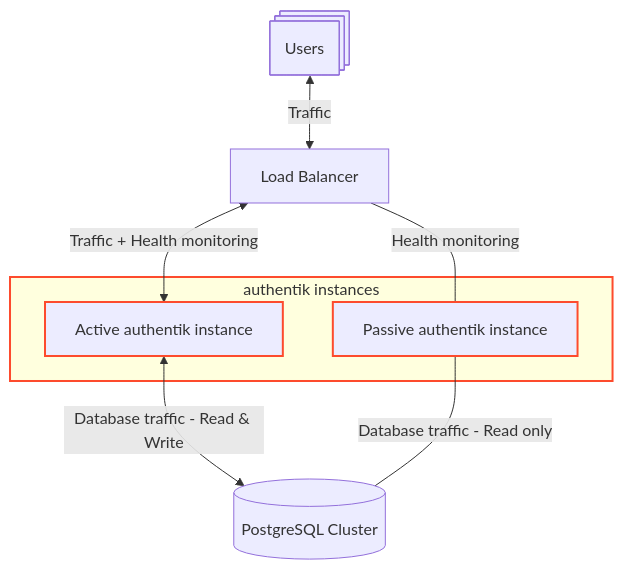
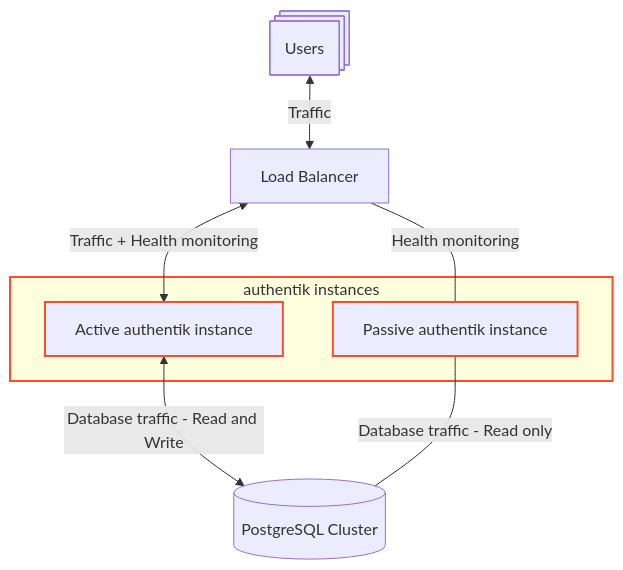
The diagram in website/docs/install-config/high-availability.mdx (goauthentik/authentik), drawn with Mermaid before and after one commit.

Commit message:
Apply suggestion

````diff
--- a/website/docs/install-config/high-availability.mdx
+++ b/website/docs/install-config/high-availability.mdx
@@ -40,23 +40,23 @@
 ```mermaid
 graph TD
     subgraph authentikInstances["authentik instances"]
         A[Active authentik instance]@{stroke: #fd4b2d}
         P[Passive authentik instance]@{stroke: #fd4b2d}
     end
 
     U[Users]@{ shape: processes}
     L[Load Balancer]
     PG[(PostgreSQL Cluster)]
 
     U <-->|Traffic| L
 
     L <-->|Traffic + Health monitoring| A
     L ---|Health monitoring| P
 
-    A <-->|Database traffic - Read & Write| PG
+    A <-->|Database traffic - Read and Write| PG
     P ---|Database traffic - Read only| PG
 
     style A stroke: #fd4b2d,stroke-width:2px
     style P stroke: #fd4b2d,stroke-width:2px
     style authentikInstances stroke:#fd4b2d,stroke-width:2px
 ```
````
